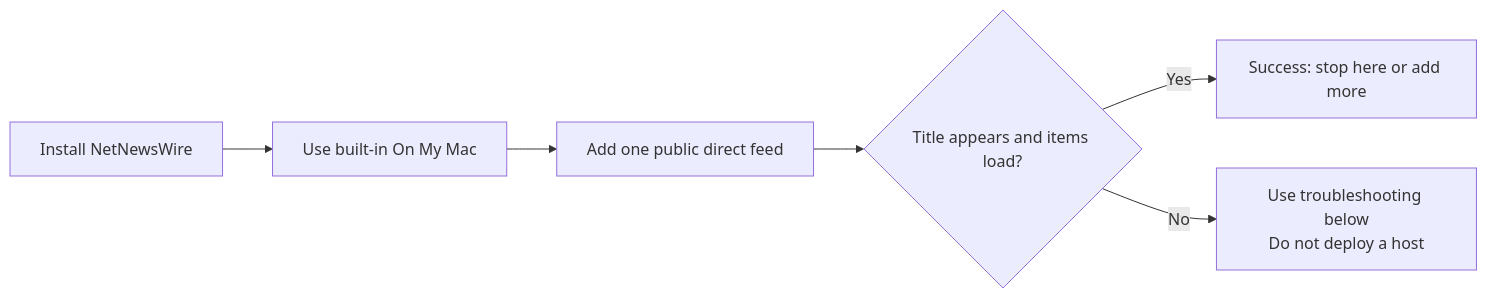
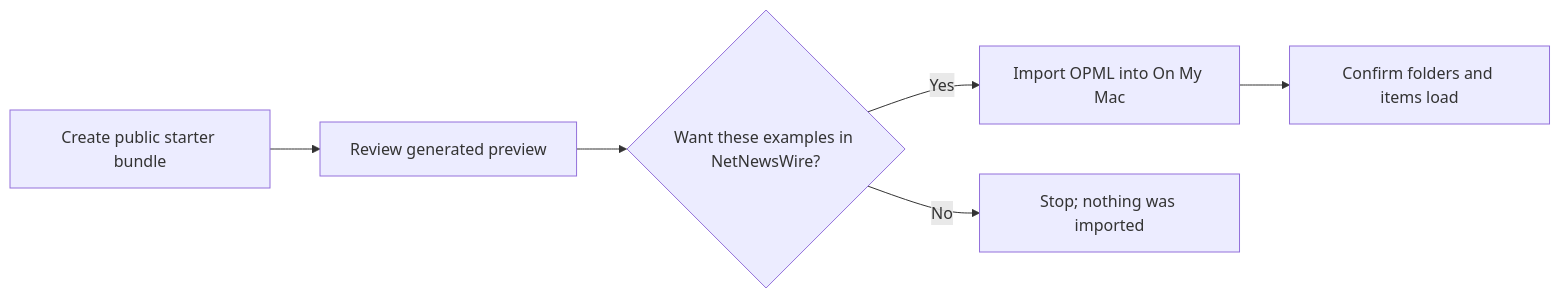
The diagram in docs/first-feed.md (spkerber/netnewswire-feed-booster), drawn with Mermaid before and after one commit. The commit also changed other lines of this file and 25 other files, not shown here.

````diff
--- a/docs/first-feed.md
+++ b/docs/first-feed.md
@@ -5,8 +5,8 @@
 ```mermaid
 flowchart LR
-    A["Install NetNewsWire"] --> B["Use built-in On My Mac"]
-    B --> C["Add one public direct feed"]
-    C --> D{"Title appears and items load?"}
-    D -->|"Yes"| E["Success: stop here or add more"]
-    D -->|"No"| F["Use troubleshooting below\nDo not deploy a host"]
+    A["Create public starter bundle"] --> B["Review generated preview"]
+    B --> C{"Want these examples in NetNewsWire?"}
+    C -->|"Yes"| D["Import OPML into On My Mac"]
+    C -->|"No"| E["Stop; nothing was imported"]
+    D --> F["Confirm folders and items load"]
 ```
````
